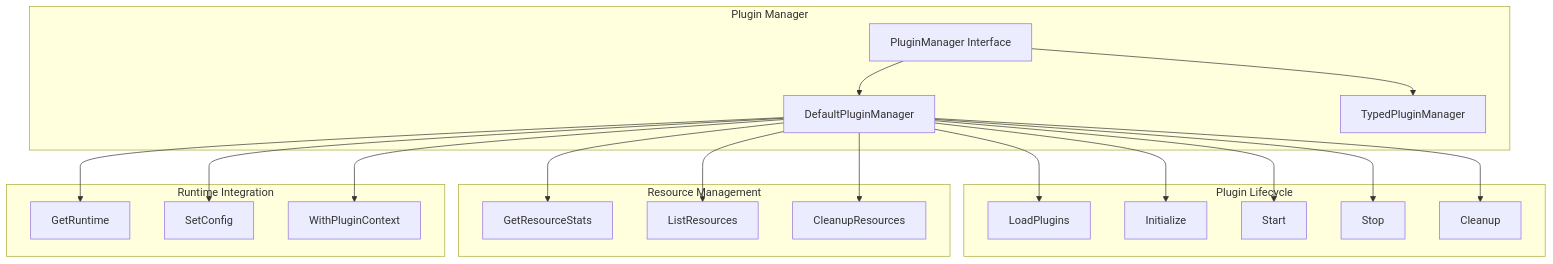
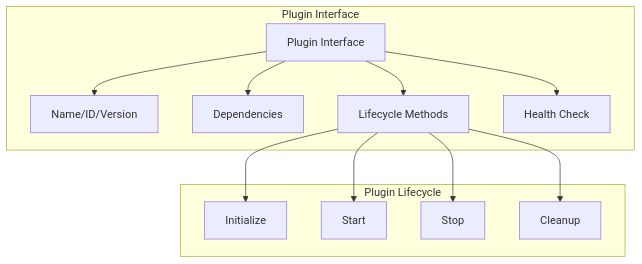
The diagram in docs/layered_runtime_architecture.md (go-lynx/lynx), drawn with Mermaid before and after one commit. The commit also changed other lines of this file and 732 other files, not shown here.

Commit message:
refactor: redesigned the overall architecture and fully separated plugins into a standalone Git repository

````diff
--- a/docs/layered_runtime_architecture.md
+++ b/docs/layered_runtime_architecture.md
@@ -109,45 +114,26 @@
 ```mermaid
 graph TB
-    subgraph "Plugin Manager"
-        A[PluginManager Interface]
-        B[DefaultPluginManager]
-        C[TypedPluginManager]
-        
-        A --> B
-        A --> C
+    subgraph "Plugin Interface"
+        A[Plugin Interface]
+        B[Name/ID/Version]
+        C[Dependencies]
+        D[Lifecycle Methods]
+        E[Health Check]
     end
     
     subgraph "Plugin Lifecycle"
-        D[LoadPlugins]
-        E[Initialize]
-        F[Start]
-        G[Stop]
-        H[Cleanup]
-        
-        B --> D
-        B --> E
-        B --> F
-        B --> G
-        B --> H
+        F[Initialize]
+        G[Start]
+        H[Stop]
+        I[Cleanup]
     end
     
-    subgraph "Resource Management"
-        I[GetResourceStats]
-        J[ListResources]
-        K[CleanupResources]
-        
-        B --> I
-        B --> J
-        B --> K
-    end
-    
-    subgraph "Runtime Integration"
-        L[GetRuntime]
-        M[SetConfig]
-        N[WithPluginContext]
-        
-        B --> L
-        B --> M
-        B --> N
-    end
+    A --> B
+    A --> C
+    A --> D
+    A --> E
+    D --> F
+    D --> G
+    D --> H
+    D --> I
 ```
````
